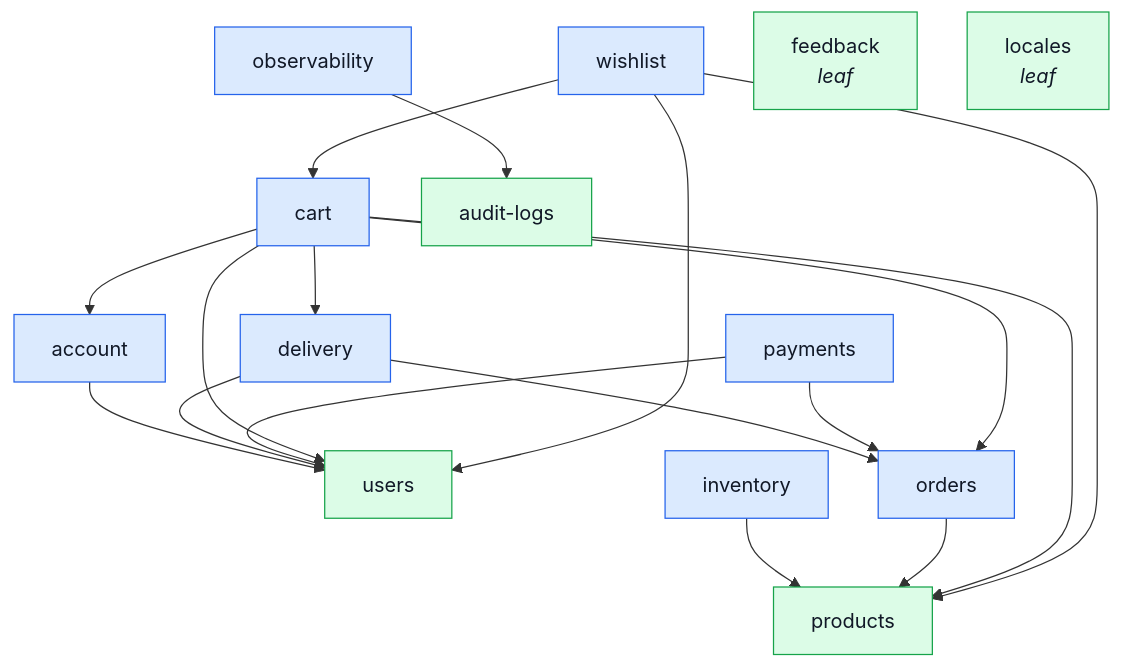
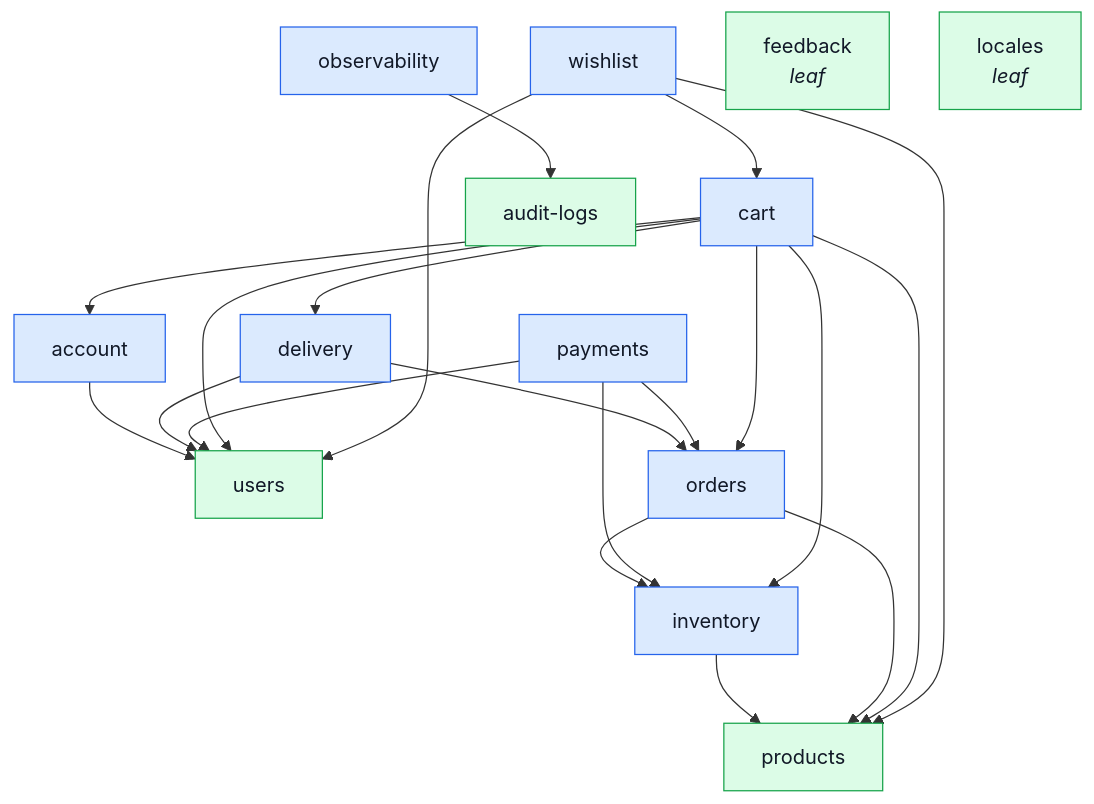
The sixth of 8 diagrams in docs/theory/modules.md (Guebbit/boilerplate-node-backend), drawn with Mermaid before and after one commit. The commit also changed other lines of this file and 100 other files, not shown here.

````diff
--- a/docs/theory/modules.md
+++ b/docs/theory/modules.md
@@ -382,27 +382,30 @@
 ```mermaid
 %%{init: {'flowchart': {'nodeSpacing': 40, 'rankSpacing': 55}}}%%
 flowchart TD
     wishlist --> cart
     wishlist --> products
     wishlist --> users
     cart --> account
     cart --> delivery
+    cart --> inventory
     cart --> orders
     cart --> products
     cart --> users
+    payments --> inventory
     payments --> orders
     payments --> users
     delivery --> orders
     delivery --> users
+    orders --> inventory
     orders --> products
     inventory --> products
     account --> users
     observability --> audit-logs
     feedback["feedback<br/><i>leaf</i>"]
     locales["locales<br/><i>leaf</i>"]
 
     classDef domain fill:#dbeafe,stroke:#2563eb,color:#111827;
     classDef leaf fill:#dcfce7,stroke:#16a34a,color:#111827;
     class cart,orders,account,observability,wishlist,payments,delivery,inventory domain;
     class products,users,feedback,locales,audit-logs leaf;
 ```
````
